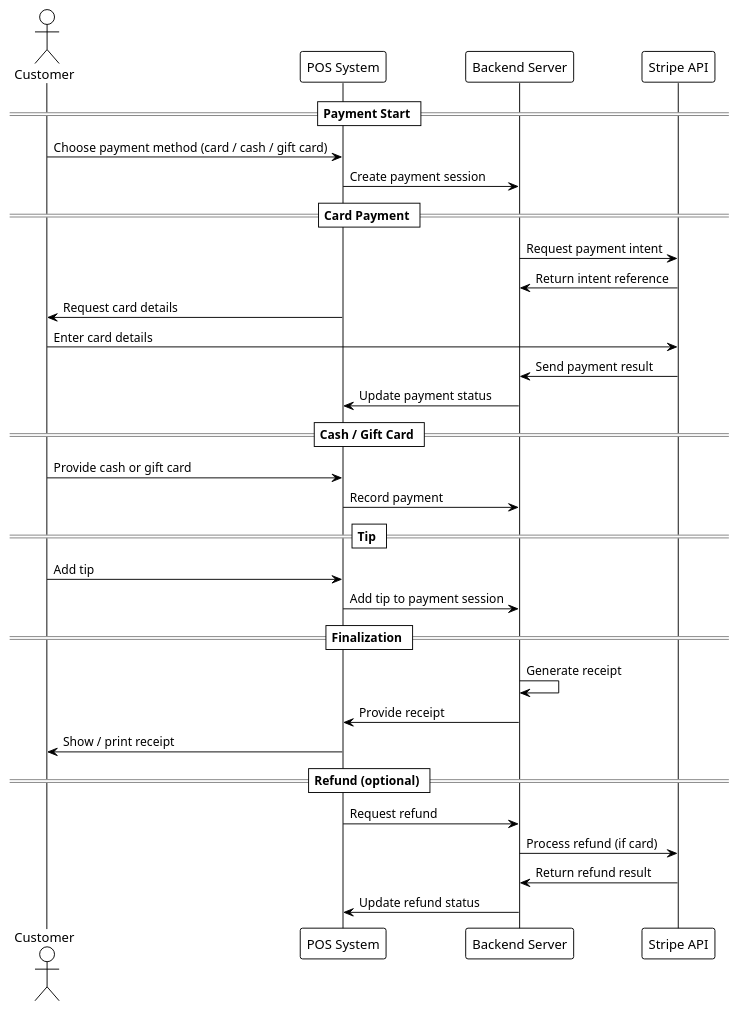
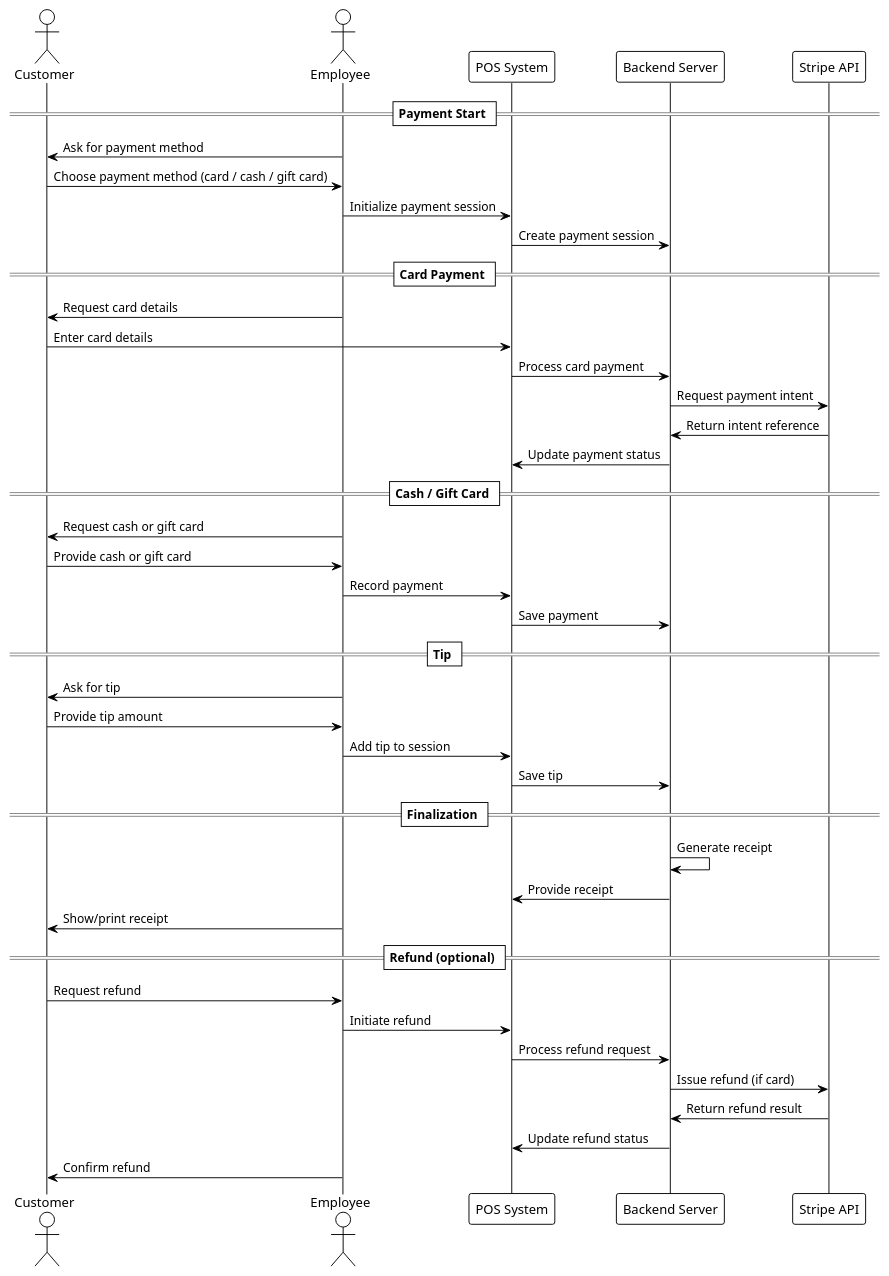
Before and after one commit to user5427/ps-design: the diagram in docs/ps-design/design-document/diagrams/payment/payment_flow.puml, drawn with PlantUML. The commit also changed 30 other files, not shown here.

```diff
--- a/docs/ps-design/design-document/diagrams/payment/payment_flow.puml
+++ b/docs/ps-design/design-document/diagrams/payment/payment_flow.puml
@@ -1,38 +1,50 @@
 @startuml
 !theme plain
+
 actor Customer
+actor Employee
 participant "POS System" as POS
 participant "Backend Server" as Server
 participant "Stripe API" as Stripe
 
 == Payment Start ==
-Customer -> POS : Choose payment method (card / cash / gift card)
-POS -> Server : Create payment session
+Employee -> Customer        : Ask for payment method
+Customer -> Employee        : Choose payment method (card / cash / gift card)
+Employee -> POS             : Initialize payment session
+POS      -> Server          : Create payment session
 
 == Card Payment ==
-Server -> Stripe : Request payment intent
-Stripe -> Server : Return intent reference
-POS -> Customer : Request card details
-Customer -> Stripe : Enter card details
-Stripe -> Server : Send payment result
-Server -> POS : Update payment status
+
+Employee -> Customer        : Request card details
+Customer -> POS             : Enter card details
+POS      -> Server          : Process card payment
+Server   -> Stripe          : Request payment intent
+Stripe   -> Server          : Return intent reference
+Server   -> POS             : Update payment status
 
 == Cash / Gift Card ==
-Customer -> POS : Provide cash or gift card
-POS -> Server : Record payment
+Employee -> Customer        : Request cash or gift card
+Customer -> Employee        : Provide cash or gift card
+Employee -> POS             : Record payment
+POS      -> Server          : Save payment
 
 == Tip ==
-Customer -> POS : Add tip
-POS -> Server : Add tip to payment session
+Employee -> Customer        : Ask for tip
+Customer -> Employee        : Provide tip amount
+Employee -> POS             : Add tip to session
+POS      -> Server          : Save tip
 
 == Finalization ==
-Server -> Server : Generate receipt
-Server -> POS : Provide receipt
-POS -> Customer : Show / print receipt
+Server   -> Server          : Generate receipt
+Server   -> POS             : Provide receipt
+Employee -> Customer        : Show/print receipt
 
 == Refund (optional) ==
-POS -> Server : Request refund
-Server -> Stripe : Process refund (if card)
-Stripe -> Server : Return refund result
-Server -> POS : Update refund status
+Customer -> Employee        : Request refund
+Employee -> POS             : Initiate refund
+POS      -> Server          : Process refund request
+Server   -> Stripe          : Issue refund (if card)
+Stripe   -> Server          : Return refund result
+Server   -> POS             : Update refund status
+Employee -> Customer        : Confirm refund
 @enduml
```
